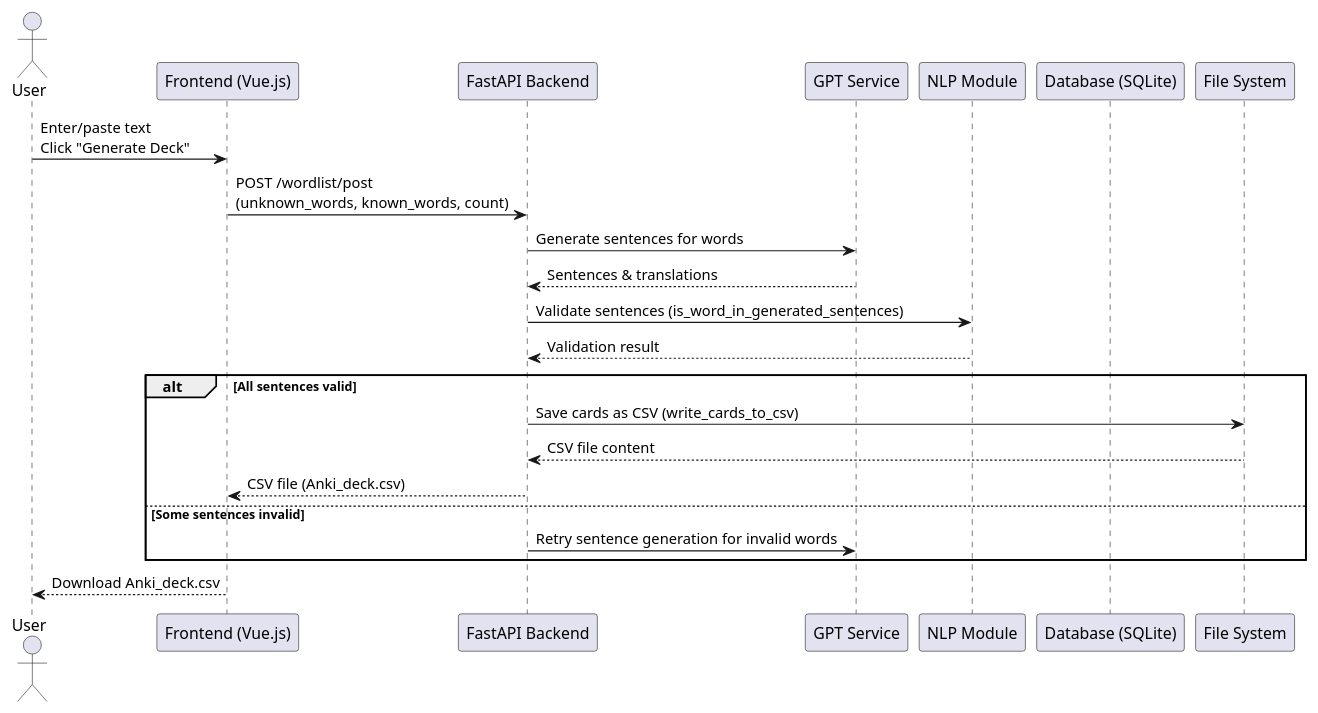
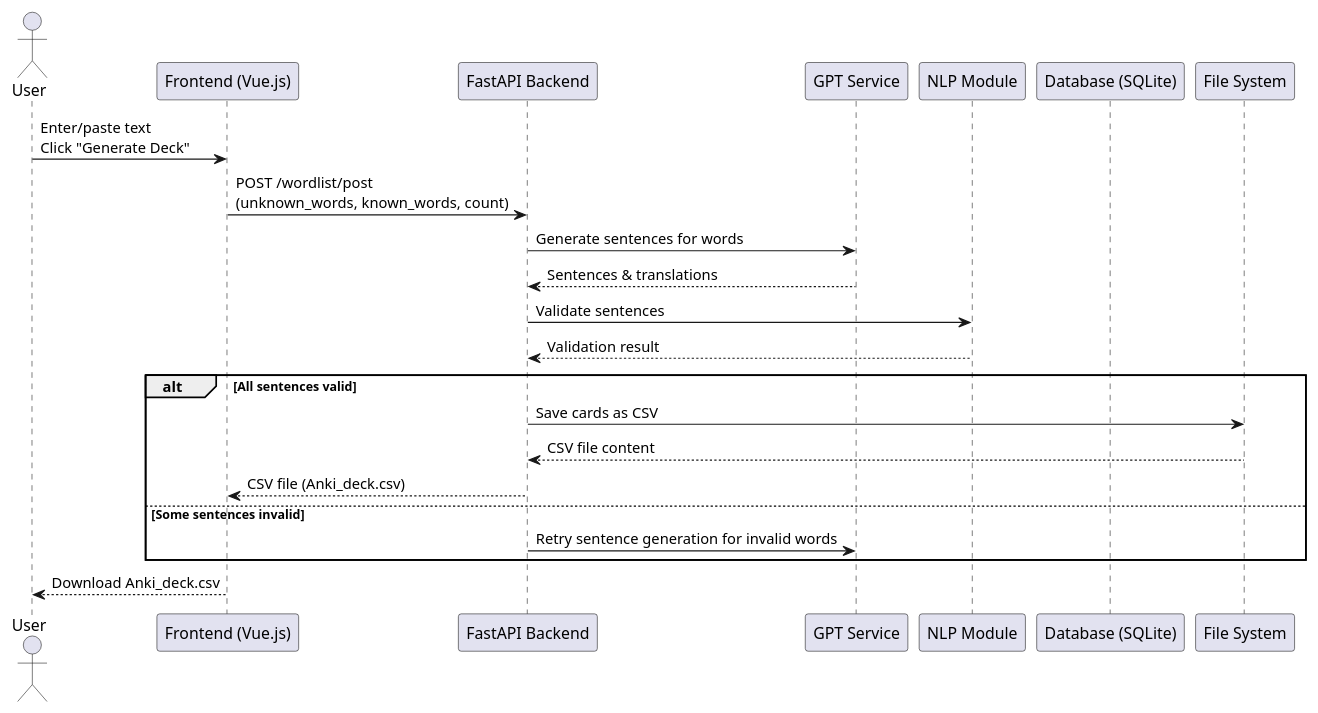
One commit to fenton512/anki_deck changed the diagram in docs/architecture/dynamic-view/depl_diag.puml. Above: the diagram before and after it, drawn with PlantUML.

```diff
--- a/docs/architecture/dynamic-view/depl_diag.puml
+++ b/docs/architecture/dynamic-view/depl_diag.puml
@@ -1,25 +1,25 @@
 @startuml
 actor User
 participant "Frontend (Vue.js)" as Frontend
 participant "FastAPI Backend" as Backend
 participant "GPT Service" as GPT
 participant "NLP Module" as NLP
 participant "Database (SQLite)" as DB
 participant "File System" as FS
 
 User -> Frontend : Enter/paste text\nClick "Generate Deck"
 Frontend -> Backend : POST /wordlist/post\n(unknown_words, known_words, count)
 Backend -> GPT : Generate sentences for words
 GPT --> Backend : Sentences & translations
-Backend -> NLP : Validate sentences (is_word_in_generated_sentences)
+Backend -> NLP : Validate sentences 
 NLP --> Backend : Validation result
 alt All sentences valid
-    Backend -> FS : Save cards as CSV (write_cards_to_csv)
+    Backend -> FS : Save cards as CSV 
     FS --> Backend : CSV file content
     Backend --> Frontend : CSV file (Anki_deck.csv)
 else Some sentences invalid
     Backend -> GPT : Retry sentence generation for invalid words
 end
 Frontend --> User : Download Anki_deck.csv
 
 @enduml
```
